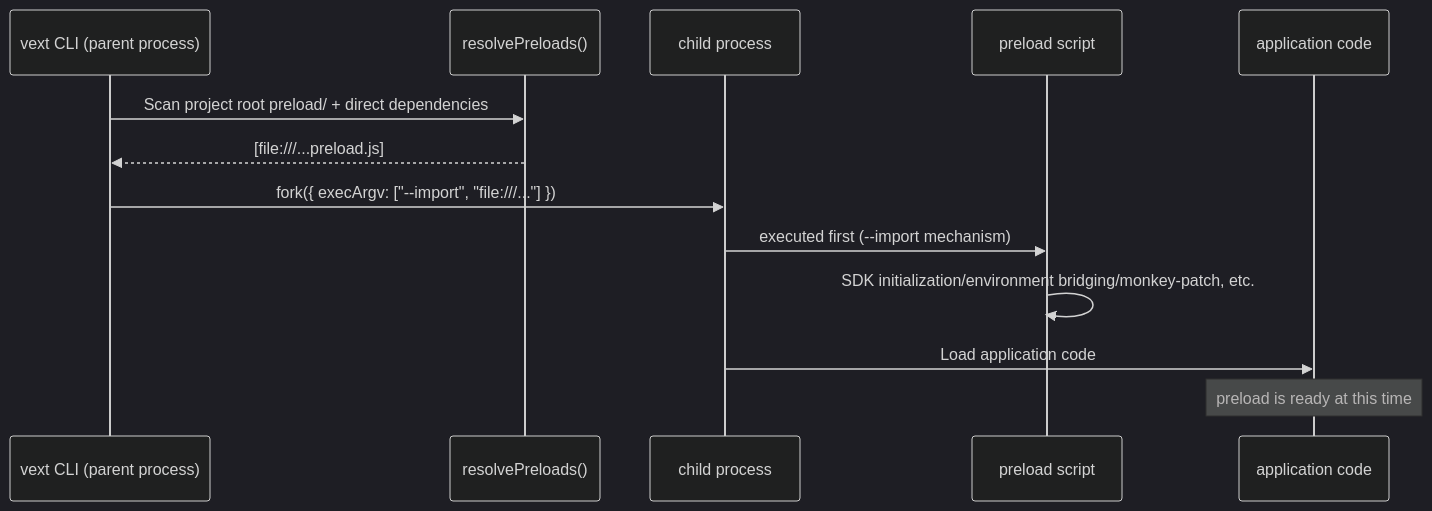
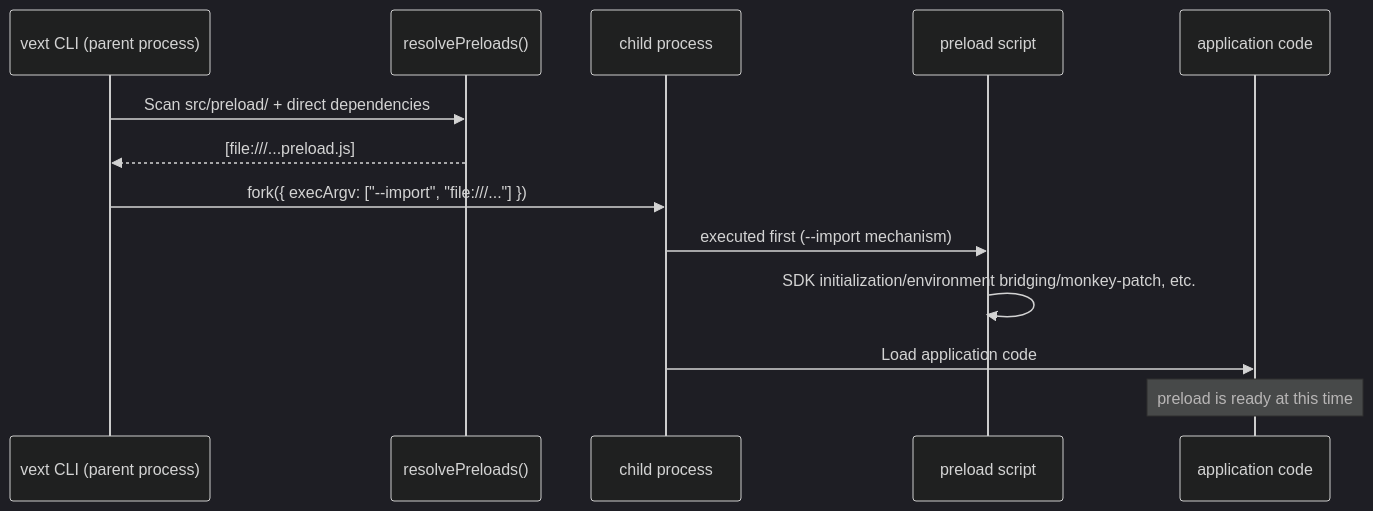
One commit to devcodex-labs/vextjs changed the diagram in website/docs/en/guide/preload.md. Above: the diagram before and after it, drawn with Mermaid (dark theme). The commit also changed other lines of this file and 93 other files, not shown here.

````diff
--- a/website/docs/en/guide/preload.md
+++ b/website/docs/en/guide/preload.md
@@ -45,16 +45,16 @@
 ```mermaid
 sequenceDiagram
     participant CLI as vext CLI (parent process)
     participant PR as resolvePreloads()
     participant Child as child process
     participant Script as preload script
     participant App as application code
 
-    CLI->>PR: Scan project root preload/ + direct dependencies
+    CLI->>PR: Scan src/preload/ + direct dependencies
     PR-->>CLI: [file:///...preload.js]
     CLI->>Child: fork({ execArgv: ["--import", "file:///..."] })
     Child->>Script: executed first (--import mechanism)
     Script->>Script: SDK initialization/environment bridging/monkey-patch, etc.
     Child->>App: Load application code
     Note over App: preload is ready at this time
 ```
````
